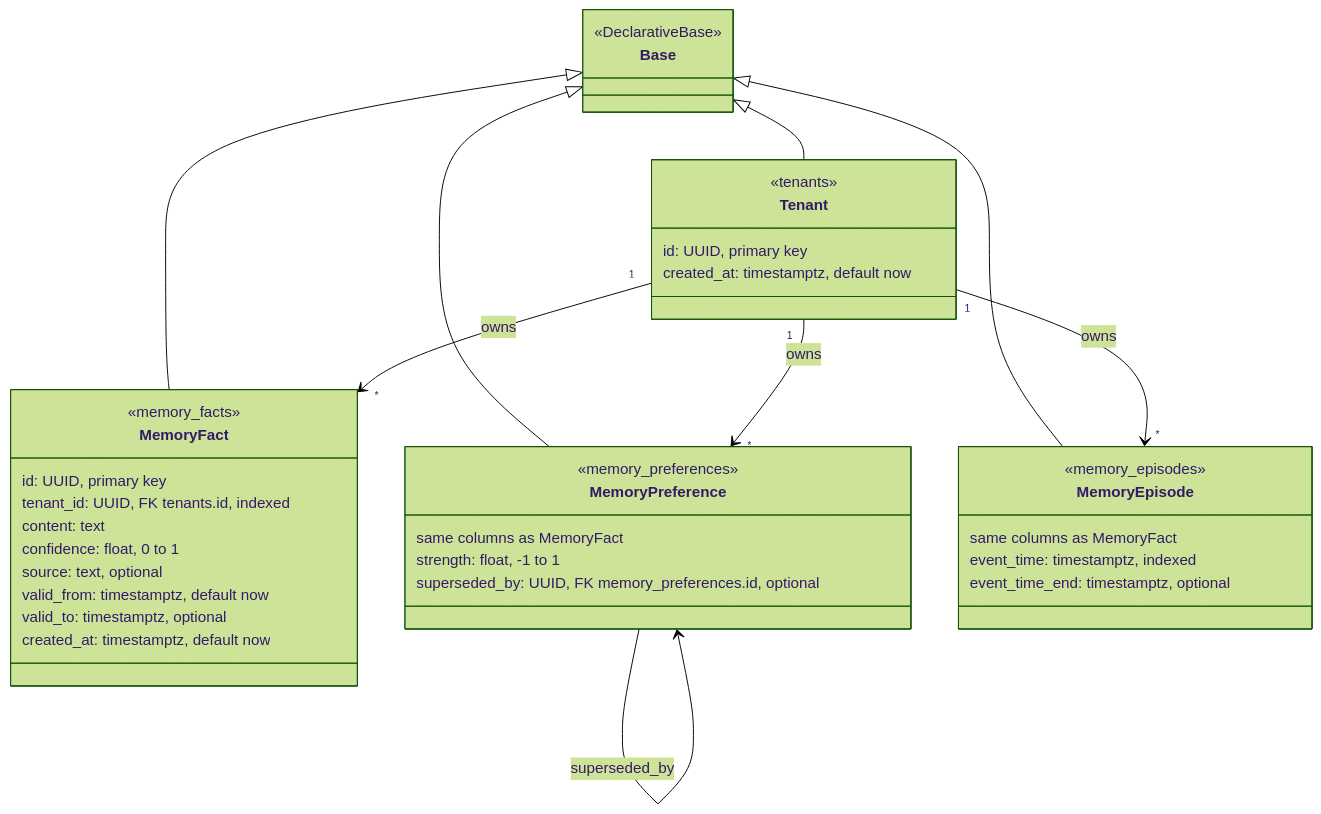
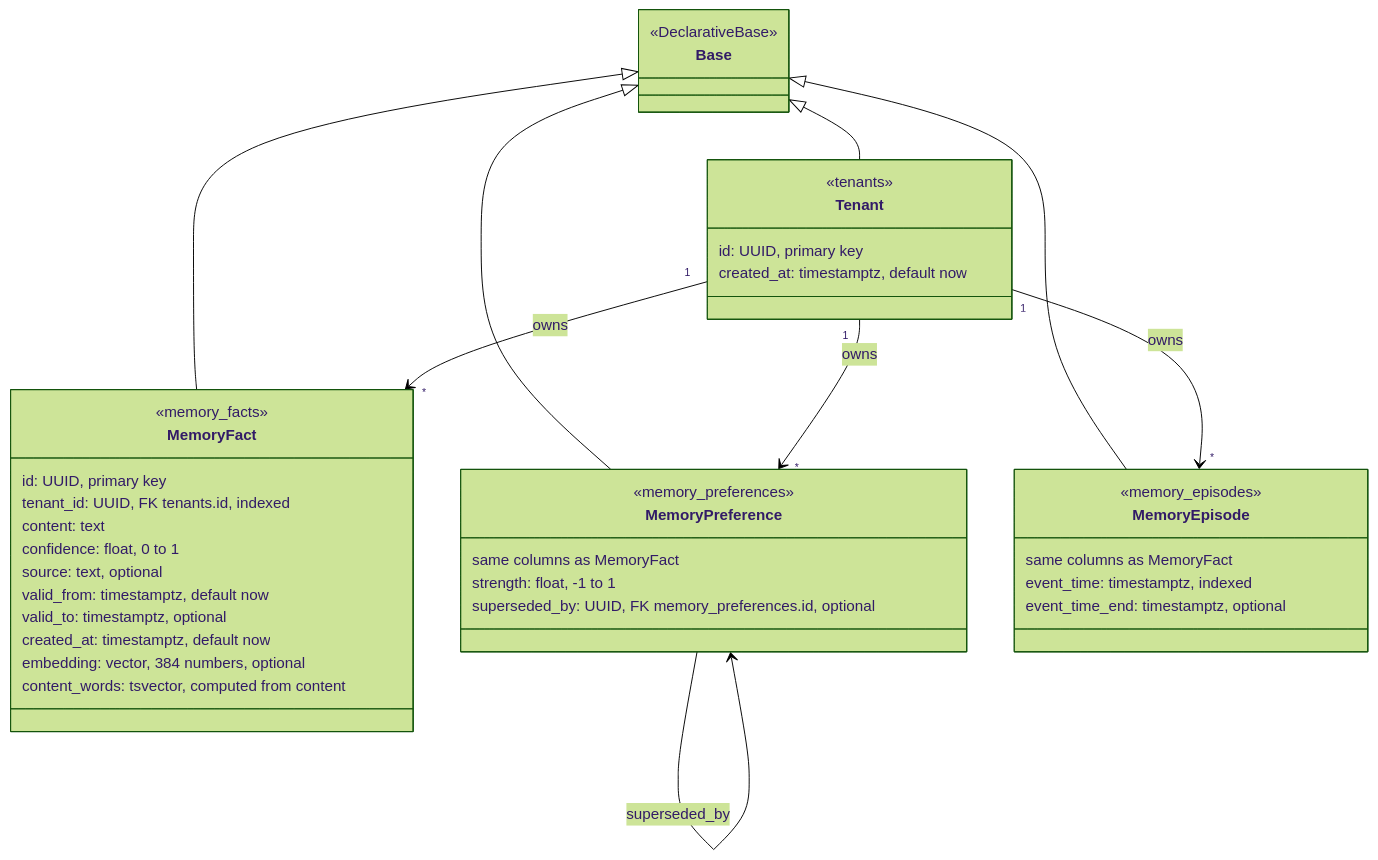
Diagram 14 of 23 in docs/design.md (ZiadHendawy/mutable), drawn with Mermaid (forest theme) before and after one commit. The commit also changed other lines of this file and 10 other files, not shown here.

First line of the commit message:
M4 step 3: store each record's vector and words when it's written

````diff
--- a/docs/design.md
+++ b/docs/design.md
@@ -739,43 +752,45 @@
 ```mermaid
 classDiagram
     direction TB
     class Base {
         <<DeclarativeBase>>
     }
     class Tenant {
         <<tenants>>
         id: UUID, primary key
         created_at: timestamptz, default now
     }
     class MemoryFact {
         <<memory_facts>>
         id: UUID, primary key
         tenant_id: UUID, FK tenants.id, indexed
         content: text
         confidence: float, 0 to 1
         source: text, optional
         valid_from: timestamptz, default now
         valid_to: timestamptz, optional
         created_at: timestamptz, default now
+        embedding: vector, 384 numbers, optional
+        content_words: tsvector, computed from content
     }
     class MemoryPreference {
         <<memory_preferences>>
         same columns as MemoryFact
         strength: float, -1 to 1
         superseded_by: UUID, FK memory_preferences.id, optional
     }
     class MemoryEpisode {
         <<memory_episodes>>
         same columns as MemoryFact
         event_time: timestamptz, indexed
         event_time_end: timestamptz, optional
     }
     Base <|-- Tenant
     Base <|-- MemoryFact
     Base <|-- MemoryPreference
     Base <|-- MemoryEpisode
     Tenant "1" --> "*" MemoryFact : owns
     Tenant "1" --> "*" MemoryPreference : owns
     Tenant "1" --> "*" MemoryEpisode : owns
     MemoryPreference --> MemoryPreference : superseded_by
 ```
````
